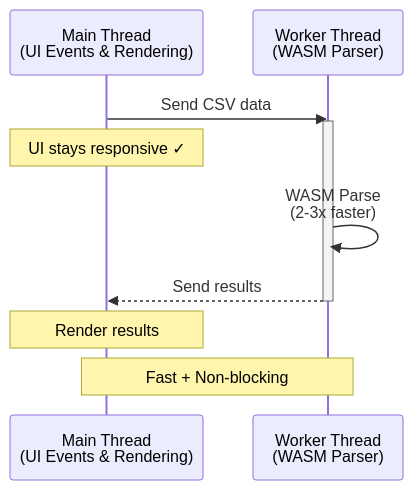
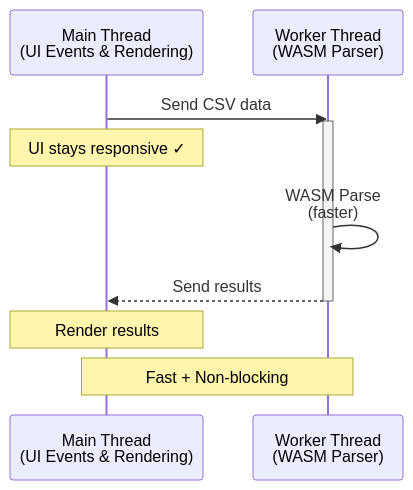
Before and after one commit to kamiazya/web-csv-toolbox: the fourth of 6 diagrams in docs/explanation/execution-strategies.md, drawn with Mermaid. The commit also changed other lines of this file and 219 other files, not shown here.

````diff
--- a/docs/explanation/execution-strategies.md
+++ b/docs/explanation/execution-strategies.md
@@ -459,14 +491,14 @@
 ```mermaid
 sequenceDiagram
     participant Main as Main Thread<br/>(UI Events & Rendering)
     participant Worker as Worker Thread<br/>(WASM Parser)
 
     Main->>Worker: Send CSV data
     activate Worker
     Note over Main: UI stays responsive ✓
-    Worker->>Worker: WASM Parse<br/>(2-3x faster)
+    Worker->>Worker: WASM Parse<br/>(faster)
     Worker-->>Main: Send results
     deactivate Worker
     Note over Main: Render results
     Note over Main,Worker: Fast + Non-blocking
 ```
````
